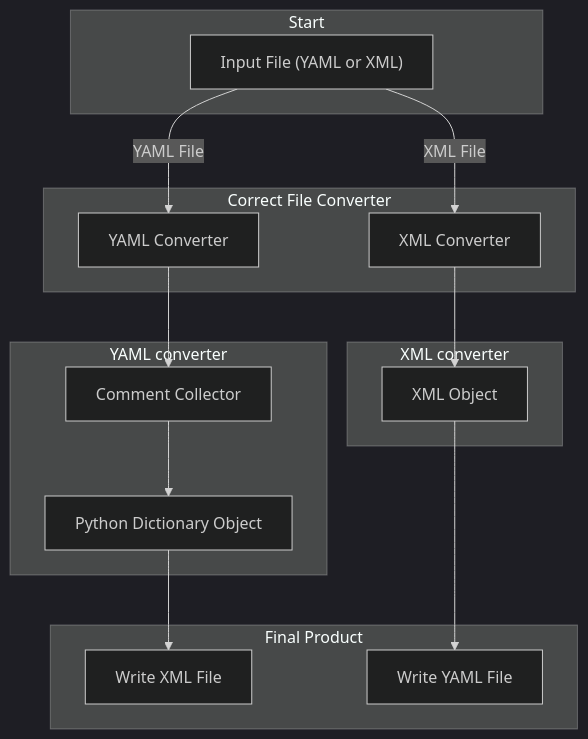
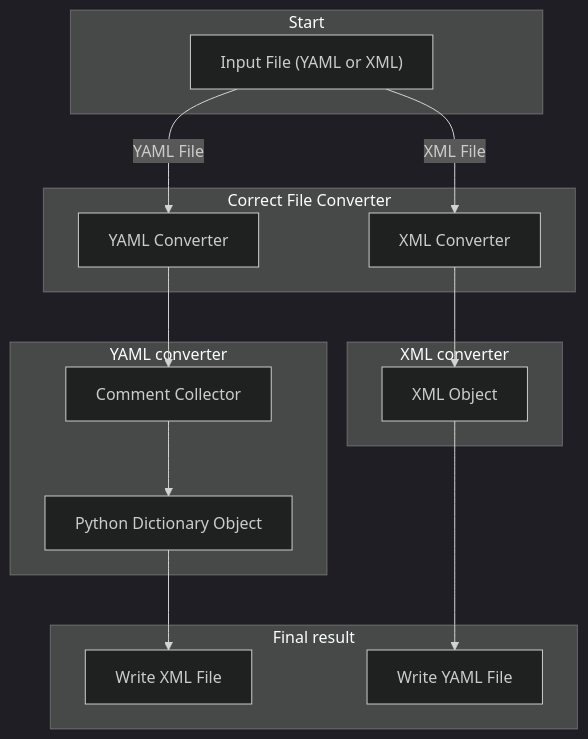
The diagram in README.md (FAIRmat-NFDI/nyaml), drawn with Mermaid (dark theme) before and after one commit. The commit also changed other lines of this file, not shown here.

````diff
--- a/README.md
+++ b/README.md
@@ -37,29 +37,29 @@
 ```mermaid
 graph TD;
   subgraph Start
     id1["Input File (YAML or XML)"]
   end
   subgraph Correct File Converter
     id2["YAML Converter"]
     id3["XML Converter"]
   end
   subgraph YAML converter
     id4["Comment Collector"]
     id5["Python Dictionary Object"]
   end
   subgraph XML converter
     id6["XML Object"]
   end
-  subgraph Final Product
+  subgraph Final result
   id7["Write XML File"]
   id8["Write YAML File"]
   end
 
   id1--> |YAML File|id2
   id1--> |XML File|id3
   id2-->id4
   id4-->id5
   id3-->id6
   id5-->id7
   id6-->id8
 ```
````
